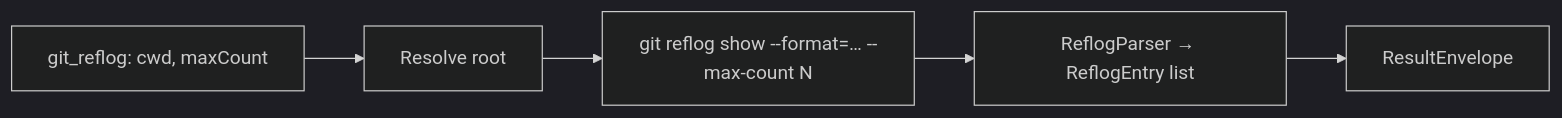
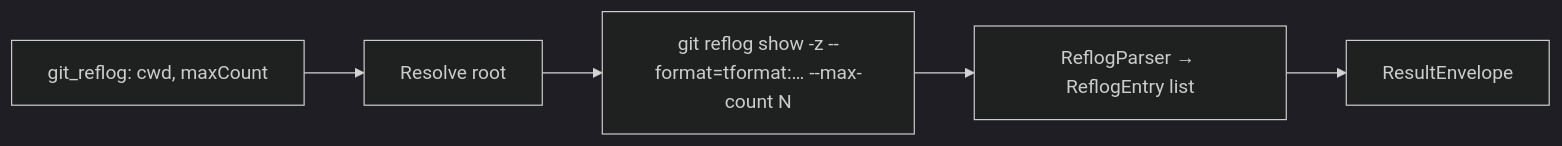
Diagram 11 of 15 in src/RaccoonNinja.McpToolset.Server.GitOps/README.md (brenordv/mcp-toolset), drawn with Mermaid (dark theme) before and after one commit. The commit also changed other lines of this file and 36 other files, not shown here.

````diff
--- a/src/RaccoonNinja.McpToolset.Server.GitOps/README.md
+++ b/src/RaccoonNinja.McpToolset.Server.GitOps/README.md
@@ -468,7 +478,7 @@
 ```mermaid
 flowchart LR
     A[git_reflog: cwd, maxCount] --> B[Resolve root]
-    B --> C["git reflog show --format=… --max-count N"]
+    B --> C["git reflog show -z --format=tformat:… --max-count N"]
     C --> D[ReflogParser → ReflogEntry list]
     D --> E[ResultEnvelope]
 ```
````
